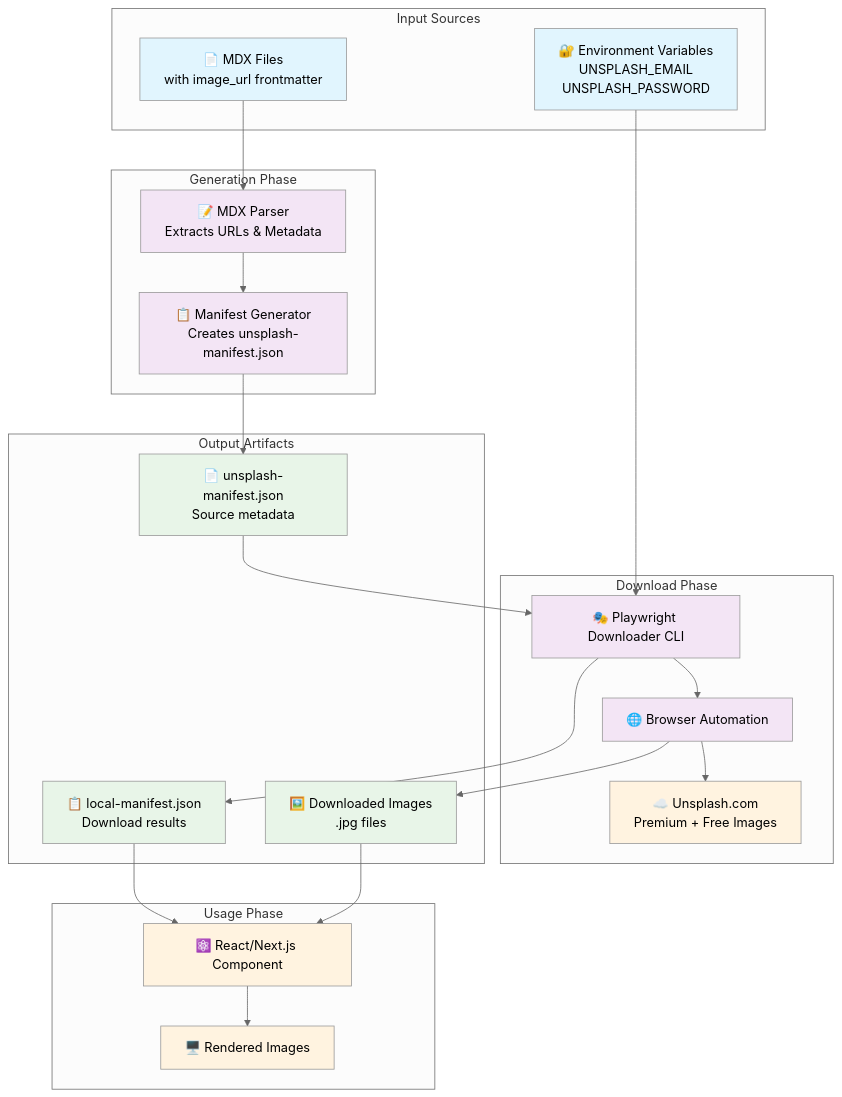
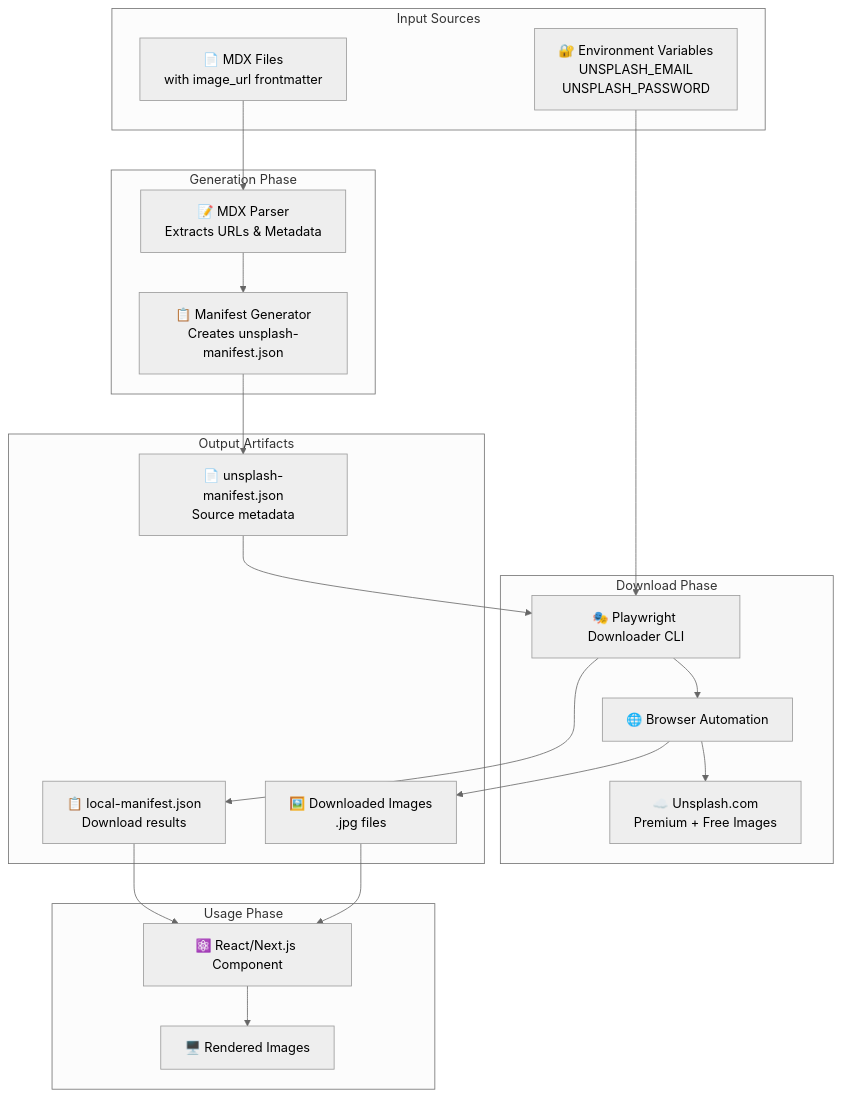
One commit to nicholasadamou/playwright-unsplash-downloader changed the first of 5 diagrams in README.md. Above: the diagram before and after it, drawn with Mermaid (neutral theme). The commit also changed other lines of this file, not shown here.

First line of the commit message:
refactor: clean up README styling definitions

````diff
--- a/README.md
+++ b/README.md
@@ -300,57 +300,51 @@
 ```mermaid
 graph TB
     subgraph "Input Sources"
         MDX[📄 MDX Files<br/>with image_url frontmatter]
         ENV[🔐 Environment Variables<br/>UNSPLASH_EMAIL<br/>UNSPLASH_PASSWORD]
     end
 
     subgraph "Generation Phase"
         PARSER[📝 MDX Parser<br/>Extracts URLs & Metadata]
         MANIFEST_GEN[📋 Manifest Generator<br/>Creates unsplash-manifest.json]
     end
 
     subgraph "Download Phase"
         CLI[🎭 Playwright Downloader CLI]
         BROWSER[🌐 Browser Automation]
         UNSPLASH[☁️ Unsplash.com<br/>Premium + Free Images]
     end
 
     subgraph "Output Artifacts"
         SOURCE_MANIFEST[📄 unsplash-manifest.json<br/>Source metadata]
         IMAGES[🖼️ Downloaded Images<br/>.jpg files]
         LOCAL_MANIFEST[📋 local-manifest.json<br/>Download results]
     end
 
     subgraph "Usage Phase"
         COMPONENT[⚛️ React/Next.js Component]
         DISPLAY[🖥️ Rendered Images]
     end
 
     %% Flow connections
     MDX --> PARSER
     PARSER --> MANIFEST_GEN
     MANIFEST_GEN --> SOURCE_MANIFEST
 
     SOURCE_MANIFEST --> CLI
     ENV --> CLI
     CLI --> BROWSER
     BROWSER --> UNSPLASH
 
     BROWSER --> IMAGES
     CLI --> LOCAL_MANIFEST
 
     IMAGES --> COMPONENT
     LOCAL_MANIFEST --> COMPONENT
     COMPONENT --> DISPLAY
 
-    %% Styling
-    classDef inputClass fill:#e1f5fe
-    classDef processClass fill:#f3e5f5
-    classDef outputClass fill:#e8f5e8
-    classDef usageClass fill:#fff3e0
-
     class MDX,ENV inputClass
     class PARSER,MANIFEST_GEN,CLI,BROWSER processClass
     class SOURCE_MANIFEST,IMAGES,LOCAL_MANIFEST outputClass
     class COMPONENT,DISPLAY,UNSPLASH usageClass
 ```
````
